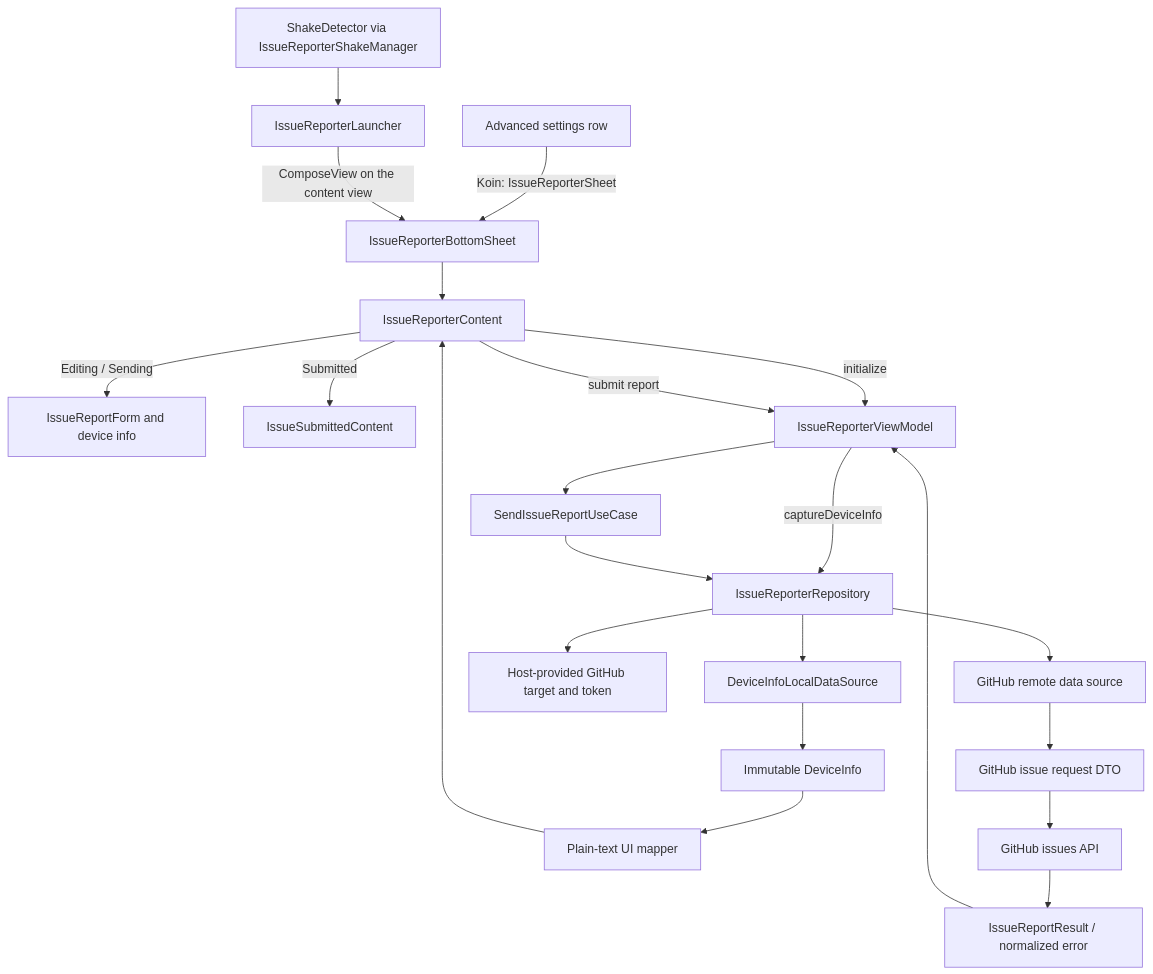
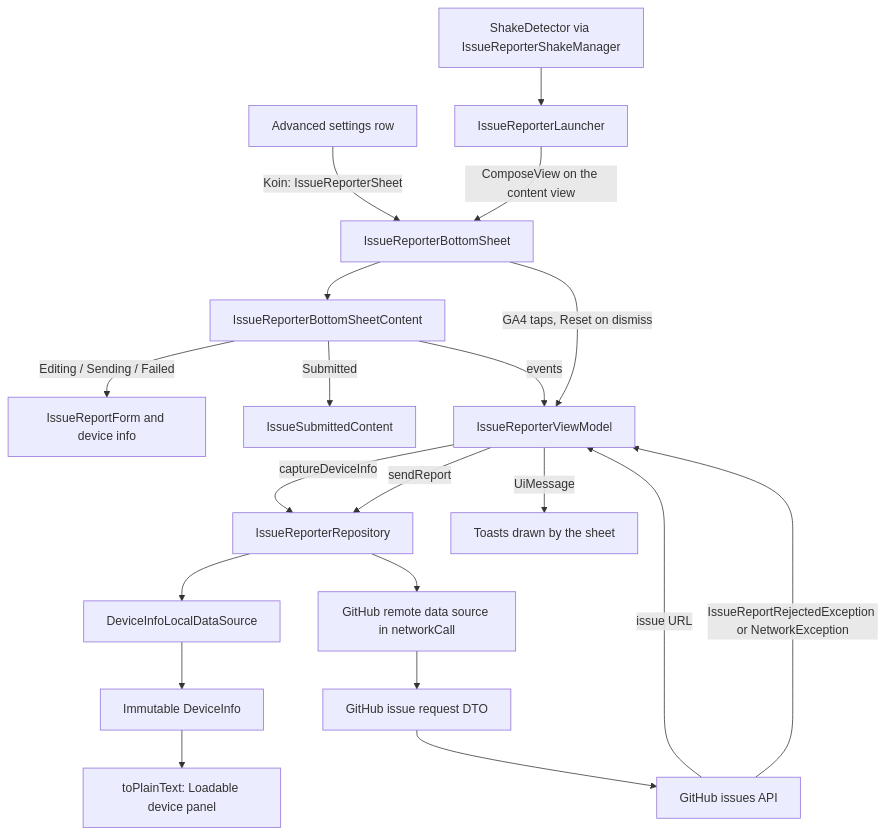
One commit to MihaiCristianCondrea/App-Toolkit-for-Android changed the diagram in library/feature/issuereporter/README.md. Above: the diagram before and after it, drawn with Mermaid. The commit also changed other lines of this file and 157 other files, not shown here.

````diff
--- a/library/feature/issuereporter/README.md
+++ b/library/feature/issuereporter/README.md
@@ -41,24 +49,22 @@
 ```mermaid
 flowchart TD
     Settings[Advanced settings row] -->|Koin: IssueReporterSheet| Sheet[IssueReporterBottomSheet]
     Shake[ShakeDetector via IssueReporterShakeManager] --> Launcher[IssueReporterLauncher]
     Launcher -->|ComposeView on the content view| Sheet
-    Sheet --> Screen[IssueReporterContent]
-    Screen -->|Editing / Sending| Form[IssueReportForm and device info]
-    Screen -->|Submitted| Done[IssueSubmittedContent]
-    Screen -->|initialize| VM[IssueReporterViewModel]
+    Sheet --> Content[IssueReporterBottomSheetContent]
+    Content -->|Editing / Sending / Failed| Form[IssueReportForm and device info]
+    Content -->|Submitted| Done[IssueSubmittedContent]
+    Content -->|events| VM[IssueReporterViewModel]
+    Sheet -->|GA4 taps, Reset on dismiss| VM
     VM -->|captureDeviceInfo| Repo[IssueReporterRepository]
     Repo --> Device[DeviceInfoLocalDataSource]
     Device --> Model[Immutable DeviceInfo]
-    Model --> Plain[Plain-text UI mapper]
-    Plain --> Screen
-    Screen -->|submit report| VM
-    VM --> UseCase[SendIssueReportUseCase]
-    UseCase --> Repo
-    Repo --> Target[Host-provided GitHub target and token]
-    Repo --> Remote[GitHub remote data source]
+    Model --> Plain[toPlainText: Loadable device panel]
+    VM -->|sendReport| Repo
+    Repo --> Remote[GitHub remote data source in networkCall]
     Remote --> DTO[GitHub issue request DTO]
     DTO --> Api[GitHub issues API]
-    Api --> Result[IssueReportResult / normalized error]
-    Result --> VM
+    Api -->|issue URL| VM
+    Api -->|IssueReportRejectedException or NetworkException| VM
+    VM -->|UiMessage| Toasts[Toasts drawn by the sheet]
 ```
````
